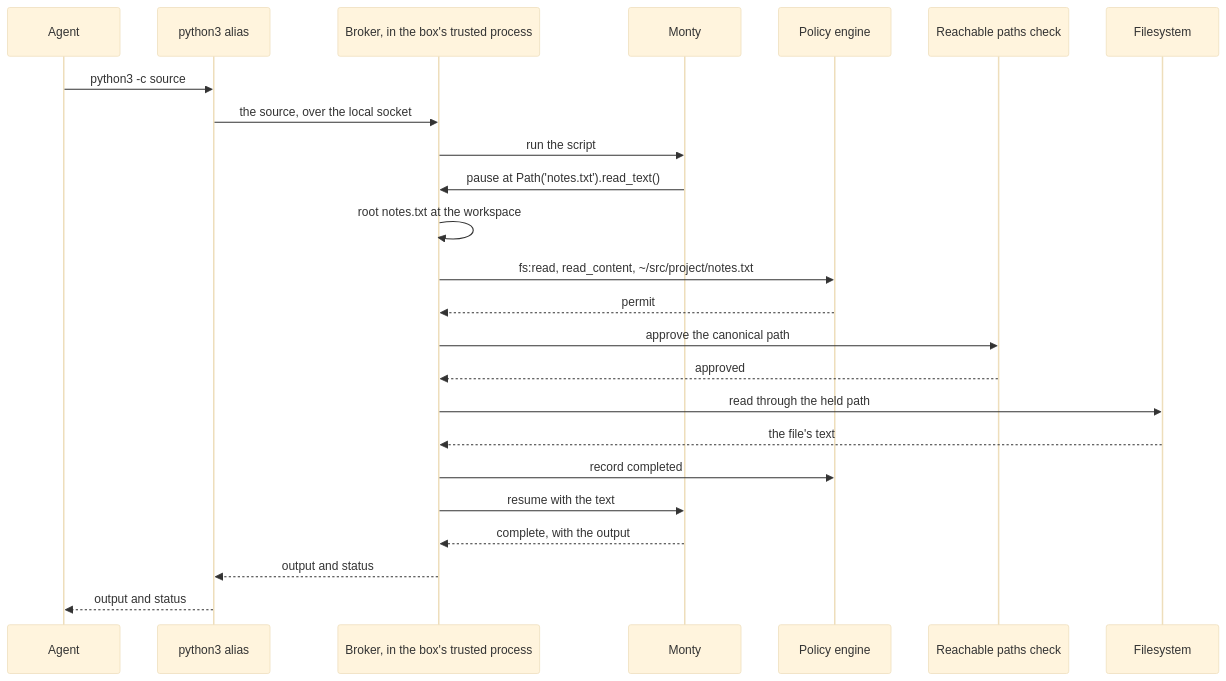
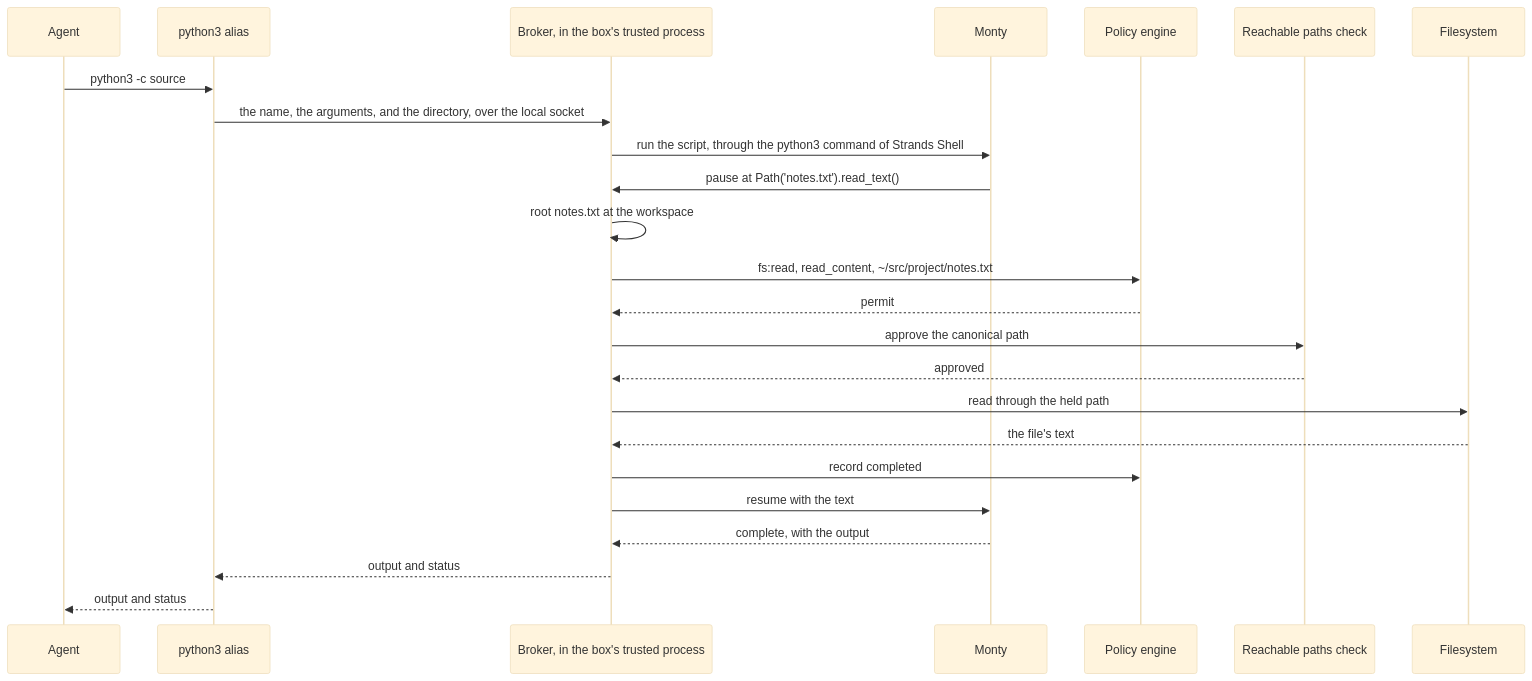
One commit to strands-agents/box changed the diagram in docs/design/monty.md. Above: the diagram before and after it, drawn with Mermaid (base theme). The commit also changed other lines of this file and 17 other files, not shown here.

Commit message:
feat(box): send python3 and each alias's folder to the shell (#417)

````diff
--- a/docs/design/monty.md
+++ b/docs/design/monty.md
@@ -68,27 +72,27 @@
 ```mermaid
 sequenceDiagram
     participant Agent
     participant Alias as python3 alias
     participant Broker as Broker, in the box's trusted process
     participant Monty
     participant Policy as Policy engine
     participant Floor as Reachable paths check
     participant Disk as Filesystem
 
     Agent->>Alias: python3 -c source
-    Alias->>Broker: the source, over the local socket
-    Broker->>Monty: run the script
+    Alias->>Broker: the name, the arguments, and the directory, over the local socket
+    Broker->>Monty: run the script, through the python3 command of Strands Shell
     Monty->>Broker: pause at Path('notes.txt').read_text()
     Broker->>Broker: root notes.txt at the workspace
     Broker->>Policy: fs:read, read_content, ~/src/project/notes.txt
     Policy-->>Broker: permit
     Broker->>Floor: approve the canonical path
     Floor-->>Broker: approved
     Broker->>Disk: read through the held path
     Disk-->>Broker: the file's text
     Broker->>Policy: record completed
     Broker->>Monty: resume with the text
     Monty-->>Broker: complete, with the output
     Broker-->>Alias: output and status
     Alias-->>Agent: output and status
 ```
````
